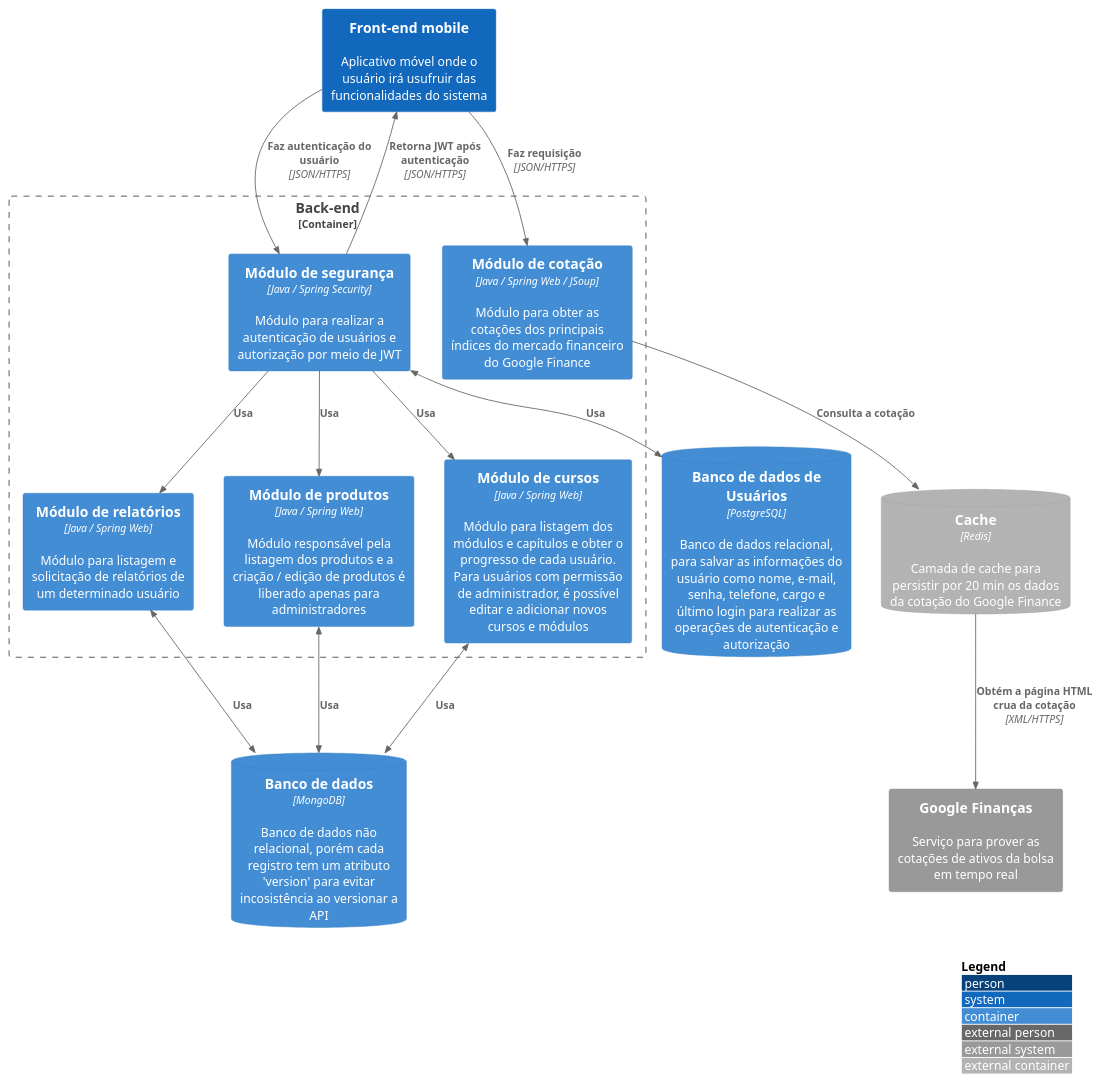
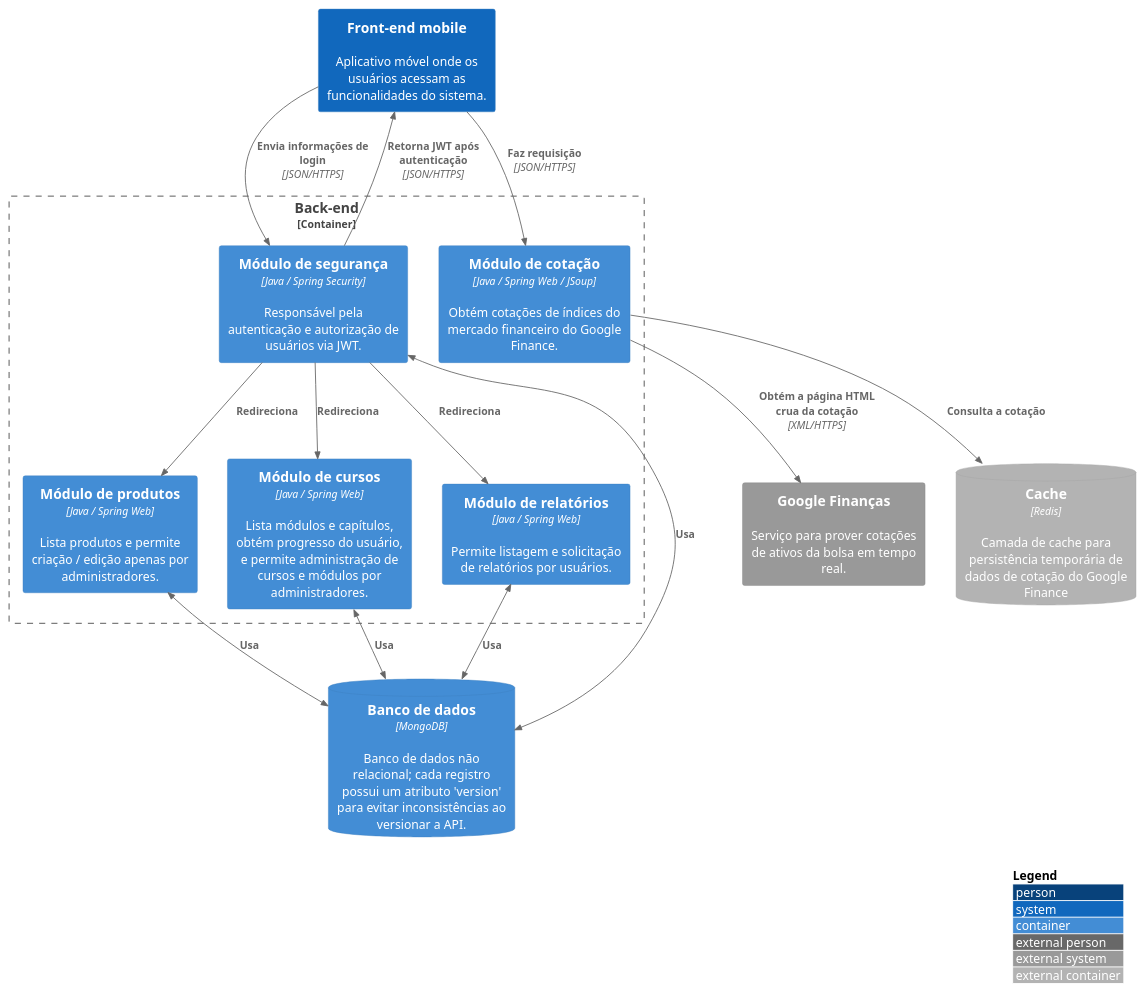
Before and after one commit to Open-3A/3A-c4-model: the diagram in c2-containers/back-end/back_end.puml, drawn with PlantUML.

Commit message:
refactor(c2): clarify diagram of back-end

```diff
--- a/c2-containers/back-end/back_end.puml
+++ b/c2-containers/back-end/back_end.puml
@@ -1,36 +1,35 @@
 @startuml Back-end container
 
 !include https://raw.githubusercontent.com/adrianvlupu/C4-PlantUML/latest/C4_Container.puml
 
 LAYOUT_WITH_LEGEND()
 
-System(mobile, "Front-end mobile", "Aplicativo móvel onde o usuário irá usufruir das funcionalidades do sistema")
-System_Ext(google_finance, "Google Finanças", "Serviço para prover as cotações de ativos da bolsa em tempo real")
+System(mobile, "Front-end mobile", "Aplicativo móvel onde os usuários acessam as funcionalidades do sistema.")
+System_Ext(google_finance, "Google Finanças", "Serviço para prover cotações de ativos da bolsa em tempo real.")
 
 Container_Boundary(backend, "Back-end"){
-  Container(security_module, "Módulo de segurança", "Java / Spring Security", "Módulo para realizar a autenticação de usuários e autorização por meio de JWT")
-  Container(products_module, "Módulo de produtos", "Java / Spring Web", "Módulo responsável pela listagem dos produtos e a criação / edição de produtos é liberado apenas para administradores")
-  Container(courses_module, "Módulo de cursos", "Java / Spring Web", "Módulo para listagem dos módulos e capítulos e obter o progresso de cada usuário. Para usuários com permissão de administrador, é possível editar e adicionar novos cursos e módulos")
-  Container(reports_module, "Módulo de relatórios", "Java / Spring Web", "Módulo para listagem e solicitação de relatórios de um determinado usuário")
-  Container(quotation_module, "Módulo de cotação", "Java / Spring Web / JSoup", "Módulo para obter as cotações dos principais índices do mercado financeiro do Google Finance")
+  Container(security_module, "Módulo de segurança", "Java / Spring Security", "Responsável pela autenticação e autorização de usuários via JWT.")
+  Container(products_module, "Módulo de produtos", "Java / Spring Web", "Lista produtos e permite criação / edição apenas por administradores.")
+  Container(courses_module, "Módulo de cursos", "Java / Spring Web", "Lista módulos e capítulos, obtém progresso do usuário, e permite administração de cursos e módulos por administradores.")
+  Container(reports_module, "Módulo de relatórios", "Java / Spring Web", "Permite listagem e solicitação de relatórios por usuários.")
+  Container(quotation_module, "Módulo de cotação", "Java / Spring Web / JSoup", "Obtém cotações de índices do mercado financeiro do Google Finance.")
 }
 
-ContainerDb(db, "Banco de dados", "MongoDB", "Banco de dados não relacional, porém cada registro tem um atributo 'version' para evitar incosistência ao versionar a API")
-ContainerDb(user_db, "Banco de dados de Usuários", "PostgreSQL", "Banco de dados relacional, para salvar as informações do usuário como nome, e-mail, senha, telefone, cargo e último login para realizar as operações de autenticação e autorização")
-ContainerDb_Ext(redis, "Cache", "Redis", "Camada de cache para persistir por 20 min os dados da cotação do Google Finance")
+ContainerDb(db, "Banco de dados", "MongoDB", "Banco de dados não relacional; cada registro possui um atributo 'version' para evitar inconsistências ao versionar a API.")
+ContainerDb_Ext(redis, "Cache", "Redis", "Camada de cache para persistência temporária de dados de cotação do Google Finance")
 
-Rel(mobile, security_module, "Faz autenticação do usuário", "JSON/HTTPS")
+Rel(mobile, security_module, "Envia informações de login", "JSON/HTTPS")
 Rel(security_module, mobile, "Retorna JWT após autenticação", "JSON/HTTPS")
-Rel(security_module, products_module, "Usa")
-Rel(security_module, courses_module, "Usa")
-Rel(security_module, reports_module, "Usa")
+Rel(security_module, products_module, "Redireciona")
+Rel(security_module, courses_module, "Redireciona")
+Rel(security_module, reports_module, "Redireciona")
 Rel(mobile, quotation_module, "Faz requisição", "JSON/HTTPS")
 Rel(quotation_module, redis, "Consulta a cotação")
-Rel(redis, google_finance, "Obtém a página HTML crua da cotação", "XML/HTTPS")
+Rel(quotation_module, google_finance, "Obtém a página HTML crua da cotação", "XML/HTTPS")
 
 BiRel(products_module, db, "Usa")
 BiRel(courses_module, db, "Usa")
 BiRel(reports_module, db, "Usa")
-BiRel(security_module, user_db, "Usa")
+BiRel(security_module, db, "Usa")
 
 @enduml
```
